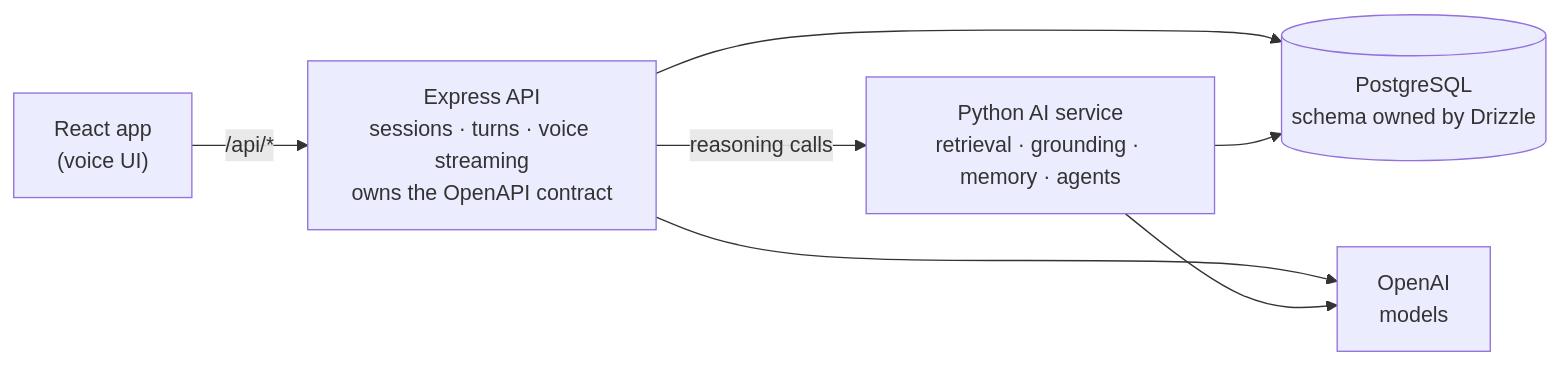
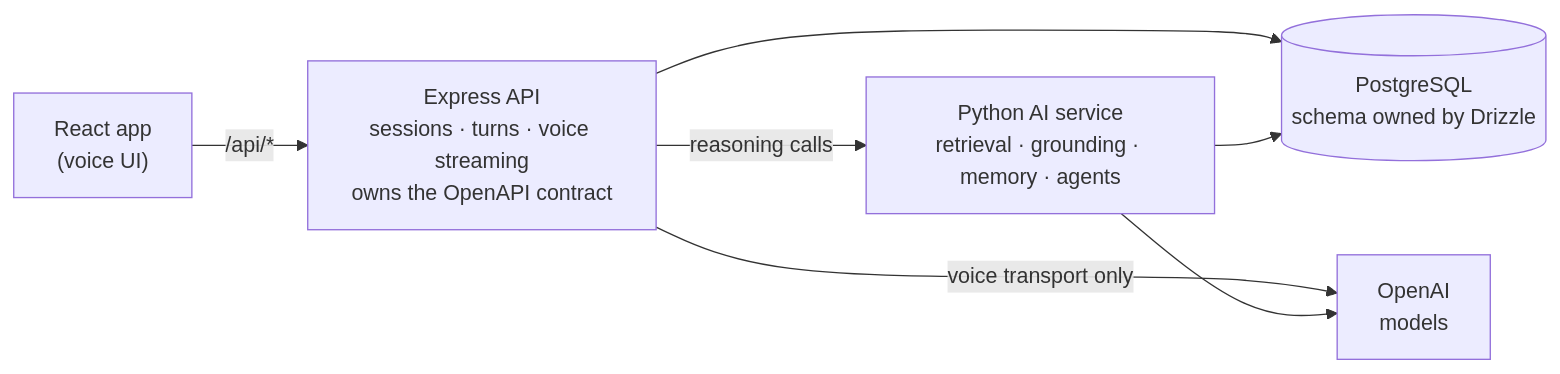
The diagram in README.md (Shah-123/MootCourtSimulator), drawn with Mermaid before and after one commit. The commit also changed other lines of this file and 2 other files, not shown here.

````diff
--- a/README.md
+++ b/README.md
@@ -38,15 +40,15 @@
 ```mermaid
 flowchart LR
     Browser["React app<br/>(voice UI)"]
     API["Express API<br/>sessions · turns · voice streaming<br/>owns the OpenAPI contract"]
     AI["Python AI service<br/>retrieval · grounding · memory · agents"]
     DB[("PostgreSQL<br/>schema owned by Drizzle")]
     OpenAI["OpenAI<br/>models"]
 
     Browser -->|"/api/*"| API
     API -->|reasoning calls| AI
     API --> DB
     AI --> DB
-    API --> OpenAI
+    API -->|"voice transport only"| OpenAI
     AI --> OpenAI
 ```
````
